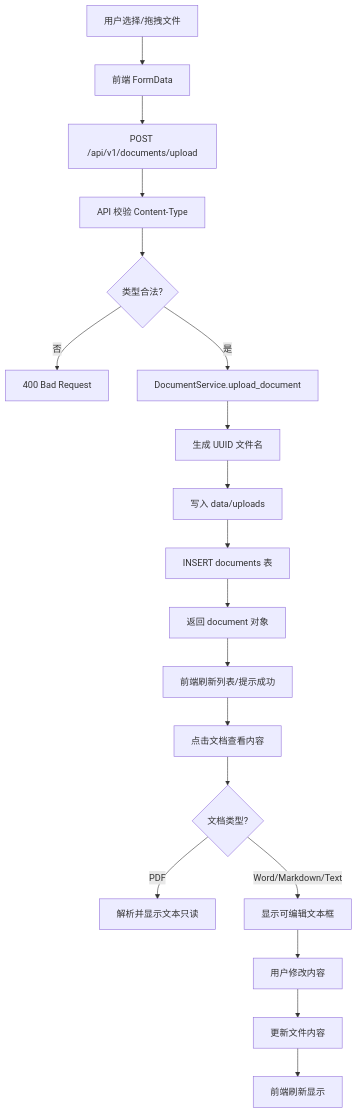
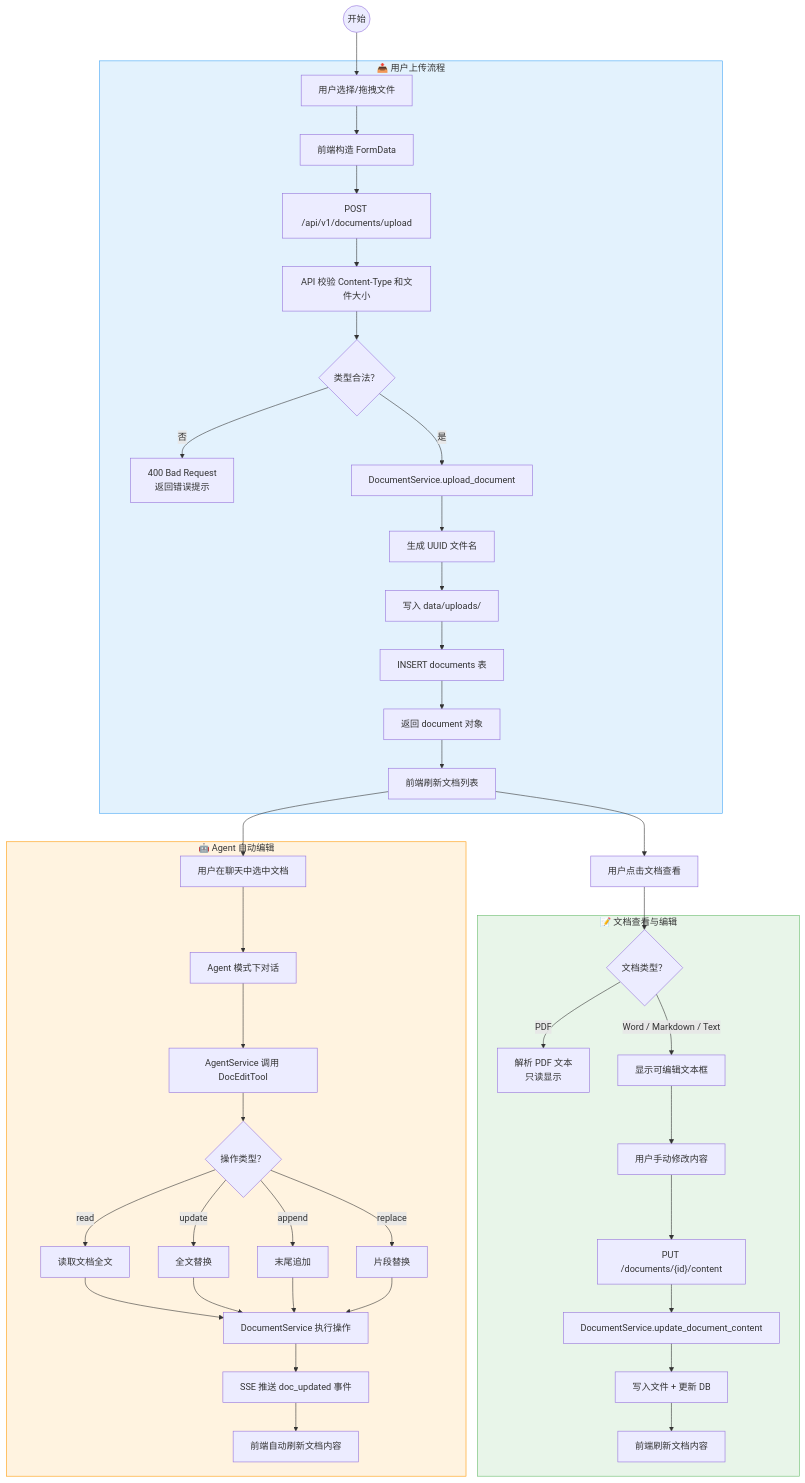
The seventh of 9 diagrams in docs/技术开发方案.md (ji-xinpeng/Scholar-Agent), drawn with Mermaid before and after one commit. The commit also changed other lines of this file, not shown here.

````diff
--- a/docs/技术开发方案.md
+++ b/docs/技术开发方案.md
@@ -330,21 +632,49 @@
 ```mermaid
 flowchart TD
-    A[用户选择/拖拽文件] --> B[前端 FormData]
-    B --> C[POST /api/v1/documents/upload]
-    C --> D[API 校验 Content-Type]
-    D --> E{类型合法?}
-    E -->|否| F[400 Bad Request]
-    E -->|是| G[DocumentService.upload_document]
-    G --> H[生成 UUID 文件名]
-    H --> I[写入 data/uploads]
-    I --> J[INSERT documents 表]
-    J --> K[返回 document 对象]
-    K --> L[前端刷新列表/提示成功]
-    L --> M[点击文档查看内容]
-    M --> N{文档类型?}
-    N -->|PDF| O[解析并显示文本只读]
-    N -->|Word/Markdown/Text| P[显示可编辑文本框]
-    P --> Q[用户修改内容]
-    Q --> S[更新文件内容]
-    S --> T[前端刷新显示]
+    Start(("开始")) --> A
+
+    subgraph 用户上传["📤 用户上传流程"]
+        A["用户选择/拖拽文件"] --> B["前端构造 FormData"]
+        B --> C["POST /api/v1/documents/upload"]
+        C --> D["API 校验 Content-Type 和文件大小"]
+        D --> E{"类型合法？"}
+        E -->|"否"| F["400 Bad Request<br/>返回错误提示"]
+        E -->|"是"| G["DocumentService.upload_document"]
+        G --> H["生成 UUID 文件名"]
+        H --> I["写入 data/uploads/"]
+        I --> J["INSERT documents 表"]
+        J --> K["返回 document 对象"]
+        K --> L["前端刷新文档列表"]
+    end
+
+    L --> M["用户点击文档查看"]
+    M --> N{"文档类型？"}
+
+    subgraph 文档查看编辑["📝 文档查看与编辑"]
+        N -->|"PDF"| O["解析 PDF 文本<br/>只读显示"]
+        N -->|"Word / Markdown / Text"| P["显示可编辑文本框"]
+        P --> Q["用户手动修改内容"]
+        Q --> R["PUT /documents/{id}/content"]
+        R --> S["DocumentService.update_document_content"]
+        S --> T["写入文件 + 更新 DB"]
+        T --> U["前端刷新文档内容"]
+    end
+
+    subgraph Agent编辑["🤖 Agent 自动编辑"]
+        L --> V["用户在聊天中选中文档"]
+        V --> W["Agent 模式下对话"]
+        W --> X["AgentService 调用 DocEditTool"]
+        X --> Y{"操作类型？"}
+        Y -->|"read"| Y1["读取文档全文"]
+        Y -->|"update"| Y2["全文替换"]
+        Y -->|"append"| Y3["末尾追加"]
+        Y -->|"replace"| Y4["片段替换"]
+        Y1 & Y2 & Y3 & Y4 --> Z["DocumentService 执行操作"]
+        Z --> ZA["SSE 推送 doc_updated 事件"]
+        ZA --> ZB["前端自动刷新文档内容"]
+    end
+
+    style 用户上传 fill:#e3f2fd,stroke:#42a5f5
+    style 文档查看编辑 fill:#e8f5e9,stroke:#66bb6a
+    style Agent编辑 fill:#fff3e0,stroke:#ff9800
 ```
````
